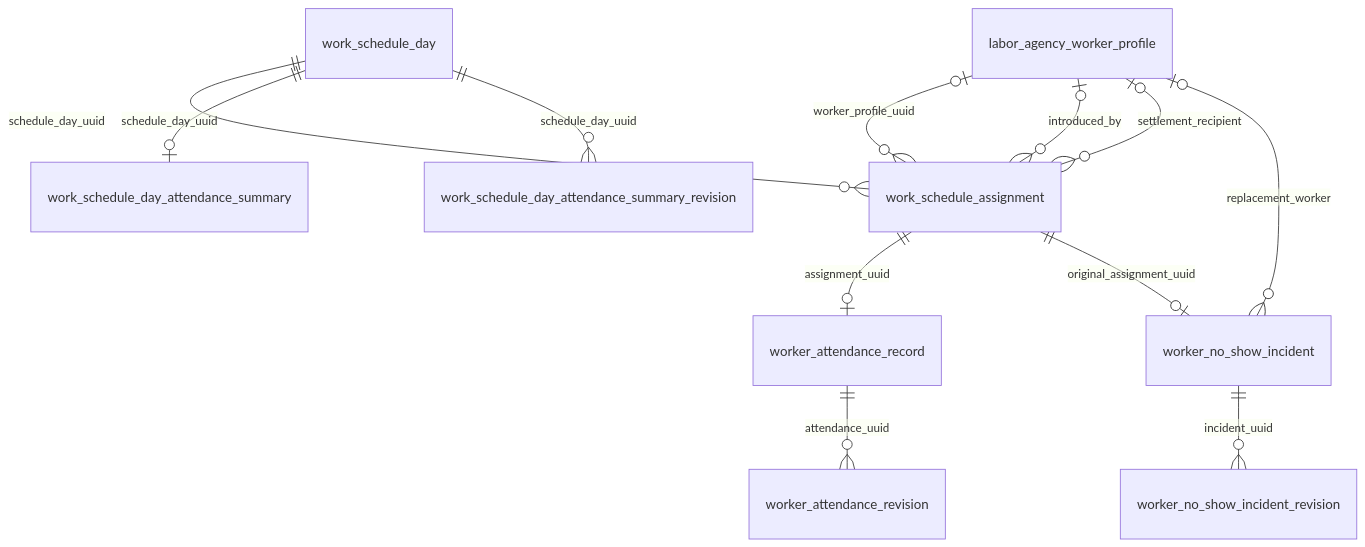
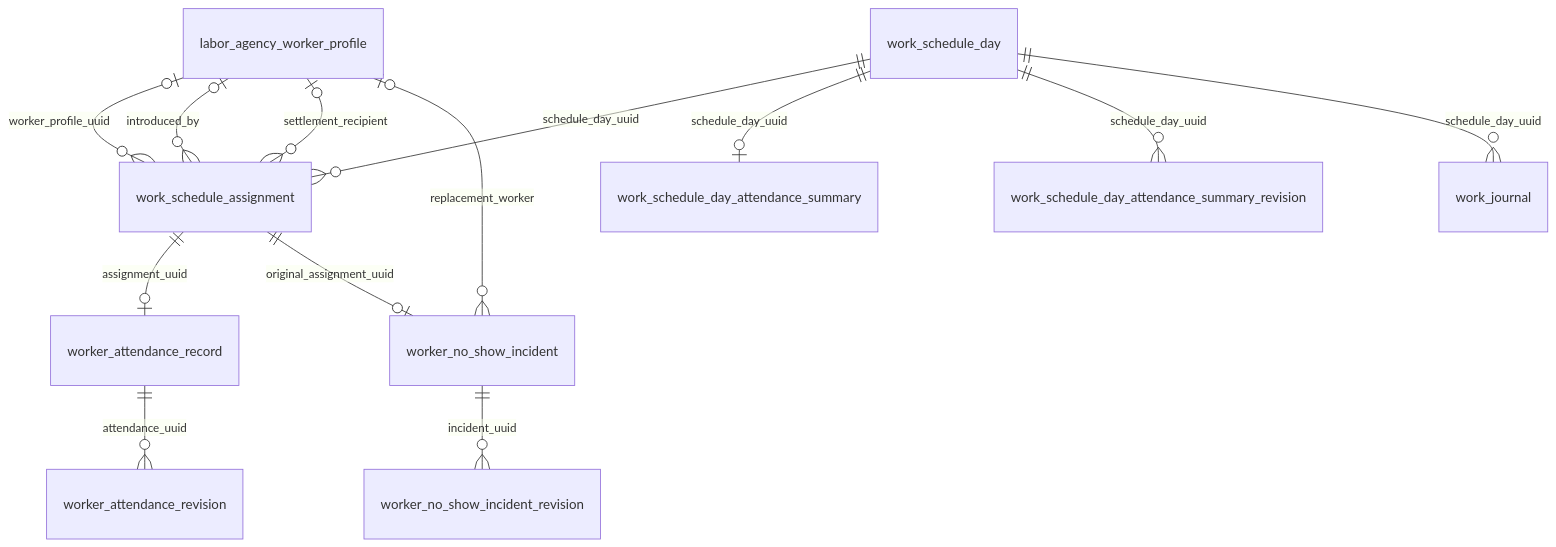
The third of 5 diagrams in docs/database/relationships-and-flows.md (LunaMercury/LaborFlow), drawn with Mermaid before and after one commit. The commit also changed other lines of this file and 31 other files, not shown here.

````diff
--- a/docs/database/relationships-and-flows.md
+++ b/docs/database/relationships-and-flows.md
@@ -56,14 +56,15 @@
 ```mermaid
 erDiagram
     work_schedule_day ||--o{ work_schedule_assignment : "schedule_day_uuid"
     labor_agency_worker_profile o|--o{ work_schedule_assignment : "worker_profile_uuid"
     labor_agency_worker_profile o|--o{ work_schedule_assignment : "introduced_by"
     labor_agency_worker_profile o|--o{ work_schedule_assignment : "settlement_recipient"
     work_schedule_assignment ||--o| worker_attendance_record : "assignment_uuid"
     worker_attendance_record ||--o{ worker_attendance_revision : "attendance_uuid"
     work_schedule_day ||--o| work_schedule_day_attendance_summary : "schedule_day_uuid"
     work_schedule_day ||--o{ work_schedule_day_attendance_summary_revision : "schedule_day_uuid"
+    work_schedule_day ||--o{ work_journal : "schedule_day_uuid"
     work_schedule_assignment ||--o| worker_no_show_incident : "original_assignment_uuid"
     worker_no_show_incident ||--o{ worker_no_show_incident_revision : "incident_uuid"
     labor_agency_worker_profile o|--o{ worker_no_show_incident : "replacement_worker"
 ```
````
